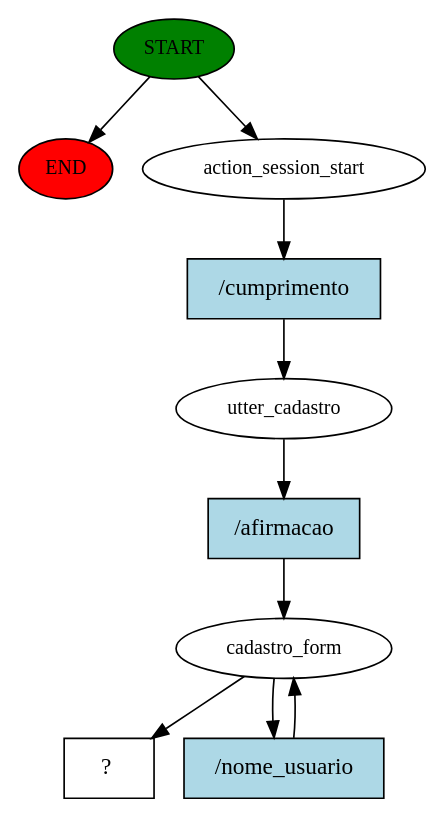
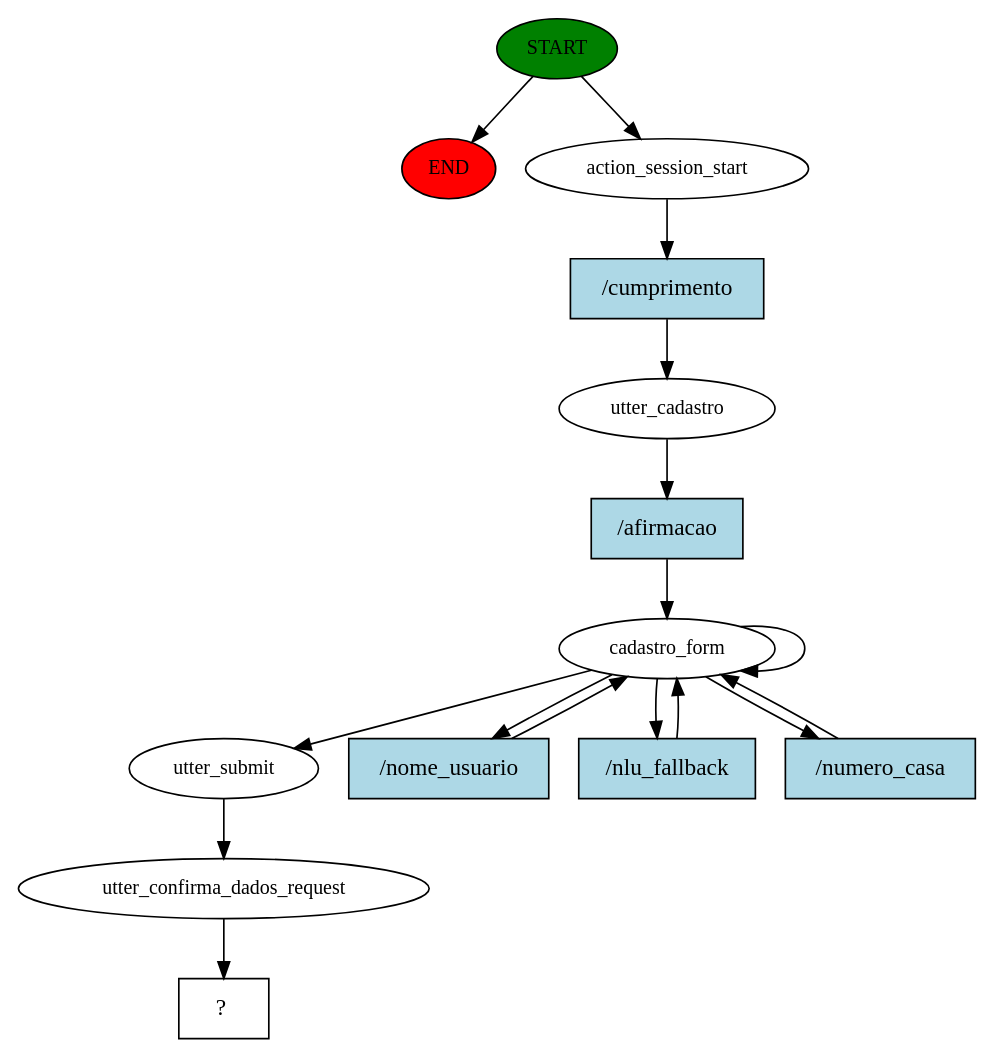
One commit to JuanFSR/JAM-Bot changed the diagram in src/story_graph.dot. Above: the diagram before and after it, drawn with Graphviz. The commit also changed 3 other files, not shown here.

```diff
--- a/src/story_graph.dot
+++ b/src/story_graph.dot
@@ -1,20 +1,31 @@
 digraph  {
 0 [class="start active", fillcolor=green, fontsize=12, label=START, style=filled];
 "-1" [class=end, fillcolor=red, fontsize=12, label=END, style=filled];
 1 [class=active, fontsize=12, label=action_session_start];
 2 [class=active, fontsize=12, label=utter_cadastro];
 3 [class=active, fontsize=12, label=cadastro_form];
-5 [class="intent dashed active", label="  ?  ", shape=rect];
-6 [class="intent active", fillcolor=lightblue, label="/cumprimento", shape=rect, style=filled];
-7 [class="intent active", fillcolor=lightblue, label="/afirmacao", shape=rect, style=filled];
-8 [class="intent active", fillcolor=lightblue, label="/nome_usuario", shape=rect, style=filled];
+12 [class=active, fontsize=12, label=utter_submit];
+13 [class=active, fontsize=12, label=utter_confirma_dados_request];
+14 [class="intent dashed active", label="  ?  ", shape=rect];
+15 [class="intent active", fillcolor=lightblue, label="/cumprimento", shape=rect, style=filled];
+16 [class="intent active", fillcolor=lightblue, label="/afirmacao", shape=rect, style=filled];
+17 [class="intent active", fillcolor=lightblue, label="/nome_usuario", shape=rect, style=filled];
+18 [class="intent active", fillcolor=lightblue, label="/nlu_fallback", shape=rect, style=filled];
+19 [class="intent active", fillcolor=lightblue, label="/numero_casa", shape=rect, style=filled];
 0 -> "-1"  [class="", key=NONE, label=""];
 0 -> 1  [class=active, key=NONE, label=""];
-1 -> 6  [class=active, key=0];
-2 -> 7  [class=active, key=0];
-3 -> 5  [class=active, key=NONE, label=""];
-3 -> 8  [class=active, key=0];
-6 -> 2  [class=active, key=0];
-7 -> 3  [class=active, key=0];
-8 -> 3  [class=active, key=0];
+1 -> 15  [class=active, key=0];
+2 -> 16  [class=active, key=0];
+3 -> 3  [class=active, key=NONE, label=""];
+3 -> 12  [class=active, key=NONE, label=""];
+3 -> 17  [class=active, key=0];
+3 -> 18  [class=active, key=0];
+3 -> 19  [class=active, key=0];
+12 -> 13  [class=active, key=NONE, label=""];
+13 -> 14  [class=active, key=NONE, label=""];
+15 -> 2  [class=active, key=0];
+16 -> 3  [class=active, key=0];
+17 -> 3  [class=active, key=0];
+18 -> 3  [class=active, key=0];
+19 -> 3  [class=active, key=0];
 }
```
